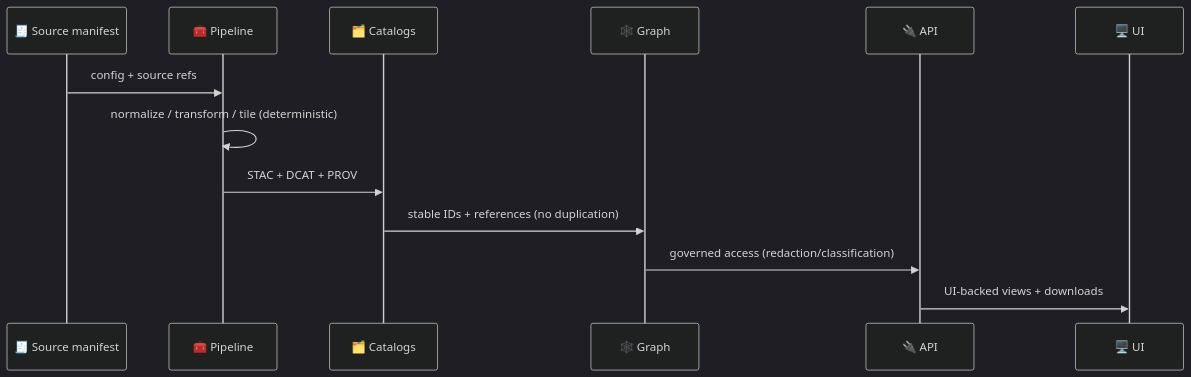
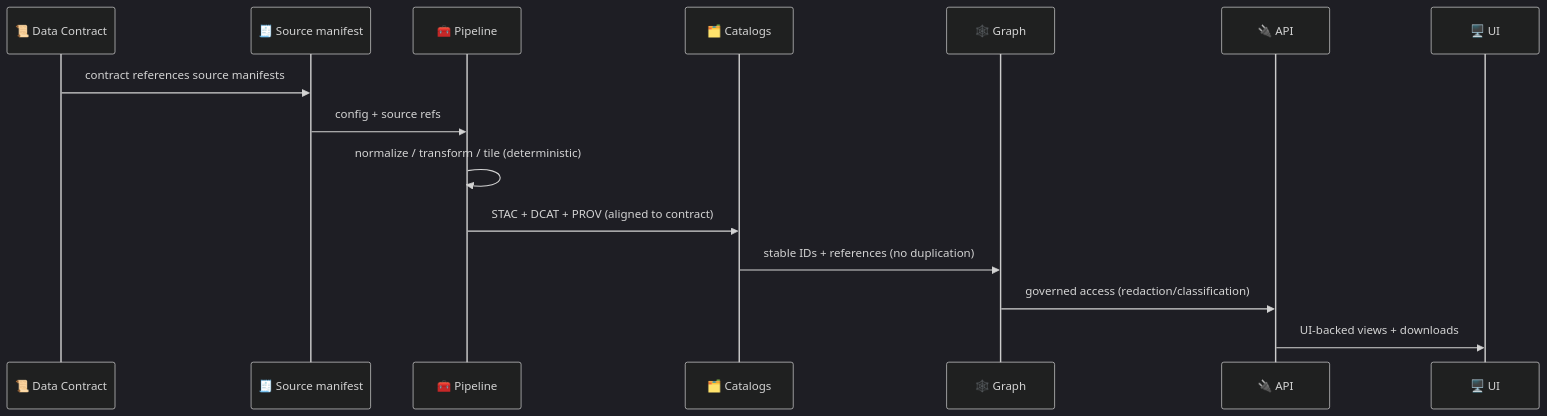
Before and after one commit to bartytime4life/Kansas-Frontier-Matrix: the fifth of 5 diagrams in README.md, drawn with Mermaid (dark theme). The commit also changed other lines of this file, not shown here.

````diff
--- a/README.md
+++ b/README.md
@@ -455,15 +543,17 @@
 ```mermaid
 sequenceDiagram
+  participant DC as 📜 Data Contract
   participant S as 🧾 Source manifest
   participant P as 🧰 Pipeline
   participant C as 🗂️ Catalogs
   participant G as 🕸️ Graph
   participant A as 🔌 API
   participant U as 🖥️ UI
+  DC->>S: contract references source manifests
   S->>P: config + source refs
   P->>P: normalize / transform / tile (deterministic)
-  P->>C: STAC + DCAT + PROV
+  P->>C: STAC + DCAT + PROV (aligned to contract)
   C->>G: stable IDs + references (no duplication)
   G->>A: governed access (redaction/classification)
   A->>U: UI-backed views + downloads
 ```
````
